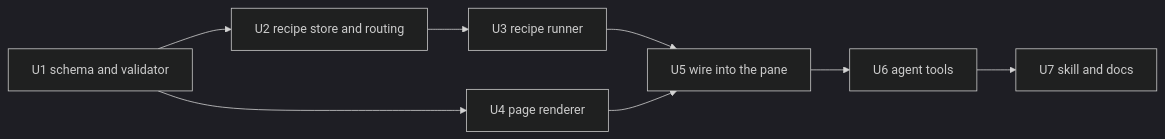
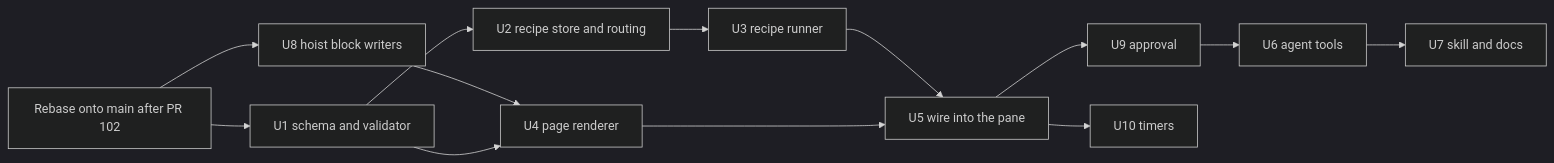
The fourth of 4 diagrams in docs/plans/2026-10-12-1640-feat-peek-page-vocabulary-plan.md (shawnroos/shrimpshack), drawn with Mermaid (dark theme) before and after one commit. The commit also changed other lines of this file, not shown here.

Commit message:
docs(peek): deepen the page vocabulary plan with approval, hoist and threat model

````diff
--- a/docs/plans/2026-10-12-1640-feat-peek-page-vocabulary-plan.md
+++ b/docs/plans/2026-10-12-1640-feat-peek-page-vocabulary-plan.md
@@ -265,10 +308,15 @@
 ```mermaid
 flowchart LR
-  U1[U1 schema and validator] --> U2[U2 recipe store and routing]
-  U1 --> U4[U4 page renderer]
+  RB[Rebase onto main after PR 102] --> U8[U8 hoist block writers]
+  RB --> U1[U1 schema and validator]
+  U1 --> U2[U2 recipe store and routing]
   U2 --> U3[U3 recipe runner]
+  U8 --> U4[U4 page renderer]
+  U1 --> U4
   U3 --> U5[U5 wire into the pane]
   U4 --> U5
-  U5 --> U6[U6 agent tools]
+  U5 --> U9[U9 approval]
+  U5 --> U10[U10 timers]
+  U9 --> U6[U6 agent tools]
   U6 --> U7[U7 skill and docs]
 ```
````
